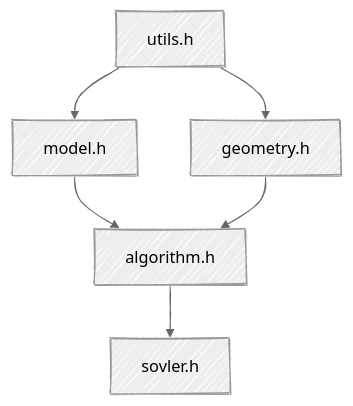
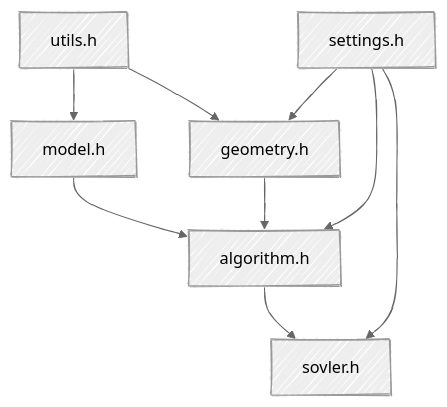
One commit to AlaskaStuart/LEMSolver changed the diagram in ReadMe.md. Above: the diagram before and after it, drawn with Mermaid. The commit also changed 7 other files, not shown here.

````diff
--- a/ReadMe.md
+++ b/ReadMe.md
@@ -7,10 +7,13 @@
 ```mermaid
   %%{init: {'theme': 'neutral','look':'handDrawn'}}%%
   flowchart TD
       A["utils.h"] --> B["model.h"]
       A --> C["geometry.h"]
+      F["settings.h"] -->C
       B --> D["algorithm.h"]
+      F["settings.h"] -->D
       C --> D
       D -->E["sovler.h"]
+      F["settings.h"] -->E
 
 ```
````
